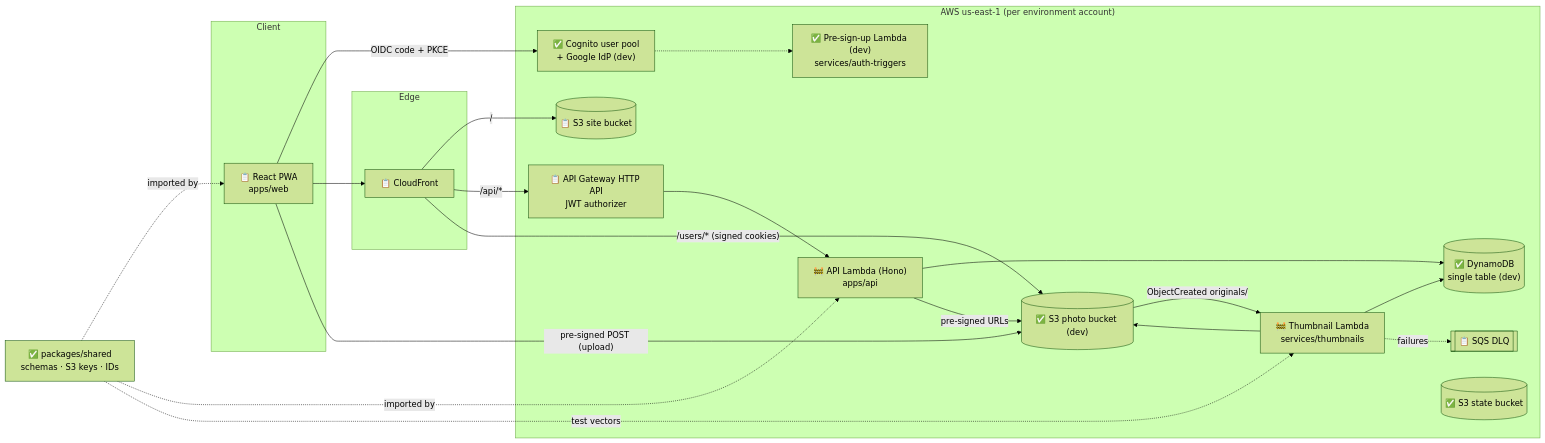
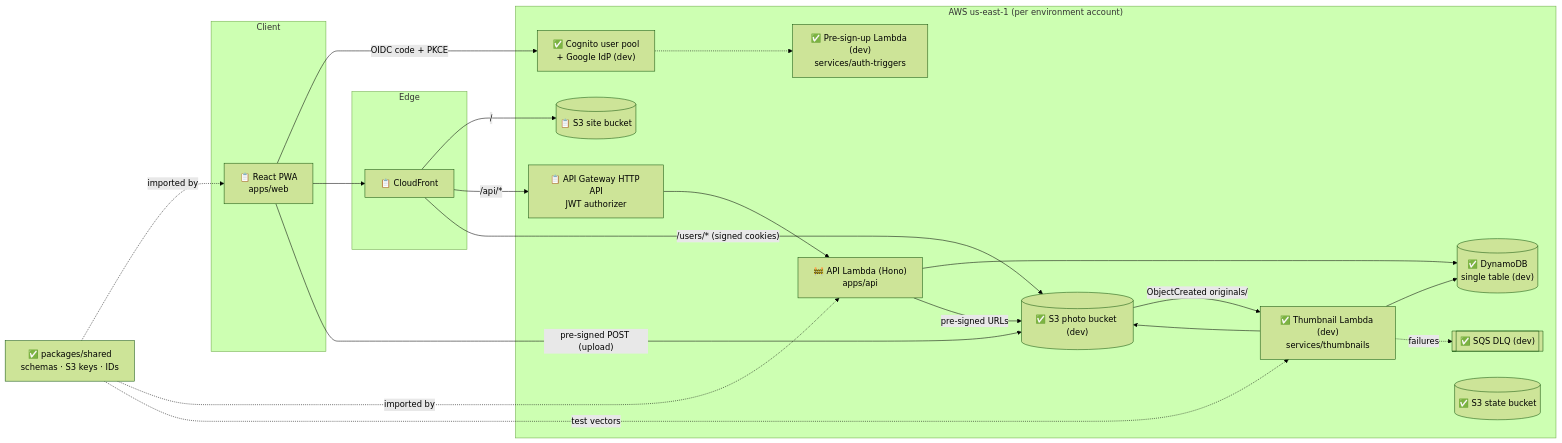
Before and after one commit to EdgarA28/Photo-app: the first of 6 diagrams in ARCHITECTURE.md, drawn with Mermaid (forest theme). The commit also changed other lines of this file and 13 other files, not shown here.

First line of the commit message:
Add thumbnails infra module and deploy to dev (Phase 6.9)

````diff
--- a/ARCHITECTURE.md
+++ b/ARCHITECTURE.md
@@ -65,42 +66,42 @@
 ```mermaid
 flowchart LR
   subgraph Client
     PWA["📋 React PWA<br/>apps/web"]
   end
 
   subgraph Edge
     CF["📋 CloudFront"]
   end
 
   subgraph AWS["AWS us-east-1 (per environment account)"]
     COG["✅ Cognito user pool<br/>+ Google IdP (dev)"]
     TRIG["✅ Pre-sign-up Lambda (dev)<br/>services/auth-triggers"]
     APIGW["📋 API Gateway HTTP API<br/>JWT authorizer"]
     API["🚧 API Lambda (Hono)<br/>apps/api"]
     DDB[("✅ DynamoDB<br/>single table (dev)")]
     WEB[("📋 S3 site bucket")]
     S3[("✅ S3 photo bucket (dev)")]
-    THUMB["🚧 Thumbnail Lambda<br/>services/thumbnails"]
-    DLQ[["📋 SQS DLQ"]]
+    THUMB["✅ Thumbnail Lambda (dev)<br/>services/thumbnails"]
+    DLQ[["✅ SQS DLQ (dev)"]]
     STATE[("✅ S3 state bucket")]
   end
 
   SHARED["✅ packages/shared<br/>schemas · S3 keys · IDs"]
 
   PWA -- "OIDC code + PKCE" --> COG
   COG -.-> TRIG
   PWA --> CF
   CF -- "/" --> WEB
   CF -- "/api/*" --> APIGW --> API
   CF -- "/users/* (signed cookies)" --> S3
   API --> DDB
   API -- "pre-signed URLs" --> S3
   PWA -- "pre-signed POST (upload)" --> S3
   S3 -- "ObjectCreated originals/" --> THUMB
   THUMB --> S3
   THUMB --> DDB
   THUMB -. "failures" .-> DLQ
   SHARED -. "imported by" .-> PWA
   SHARED -. "imported by" .-> API
   SHARED -. "test vectors" .-> THUMB
 ```
````
